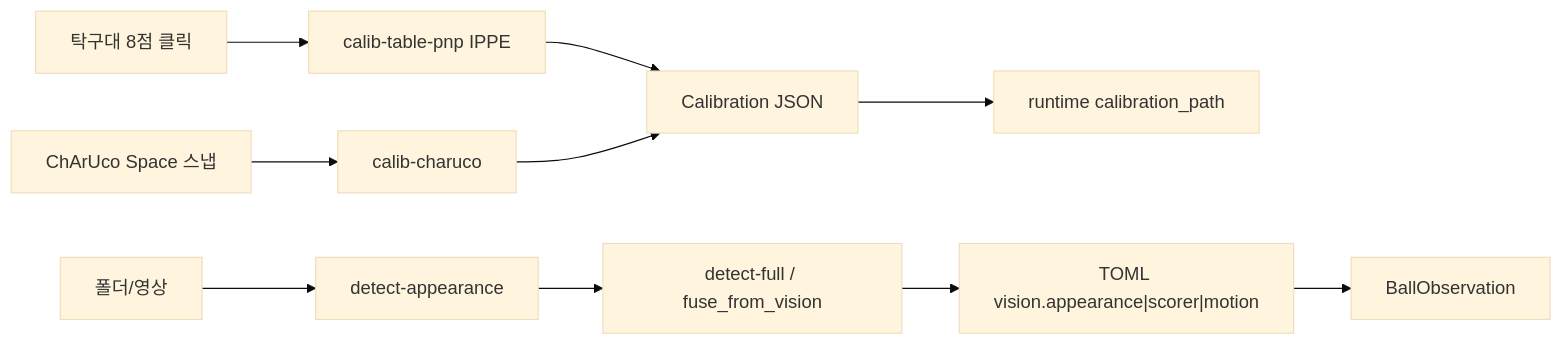
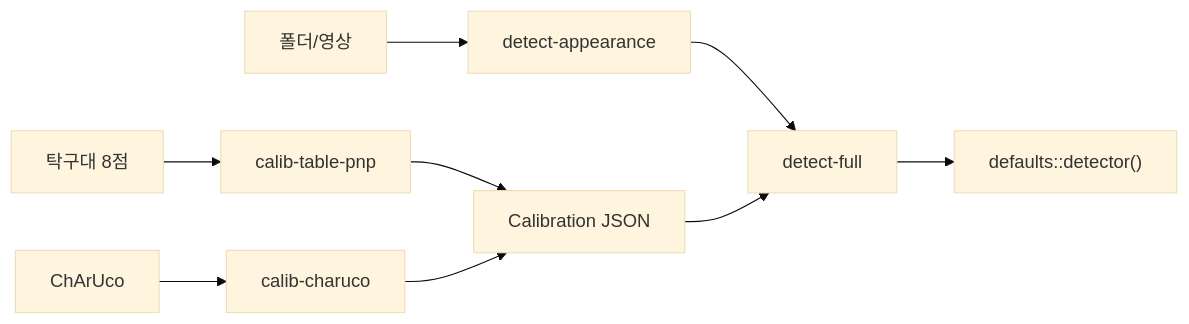
One commit to luv-all/pingpong-bot changed the fourth of 4 diagrams in README.md. Above: the diagram before and after it, drawn with Mermaid (base theme). The commit also changed other lines of this file, not shown here.

First line of the commit message:
docs: refresh README for defaults SSOT and current tools

````diff
--- a/README.md
+++ b/README.md
@@ -327,9 +276,9 @@
 ```mermaid
 flowchart LR
-  table["탁구대 8점 클릭"] --> pnp["calib-table-pnp IPPE"] --> json["Calibration JSON"]
-  boards["ChArUco Space 스냅"] --> calib["calib-charuco"] --> json
-  frames["폴더/영상"] --> appearance["detect-appearance"] --> full["detect-full / fuse_from_vision"]
-  json --> runtime["runtime calibration_path"]
-  full --> vision["TOML vision.appearance|scorer|motion"]
-  vision --> obs["BallObservation"]
+  table["탁구대 8점"] --> pnp["calib-table-pnp"] --> json["Calibration JSON"]
+  boards["ChArUco"] --> charuco["calib-charuco"] --> json
+  frames["폴더/영상"] --> appearance["detect-appearance"]
+  appearance --> full["detect-full"]
+  json --> full
+  full --> defaults["defaults::detector()"]
 ```
````
